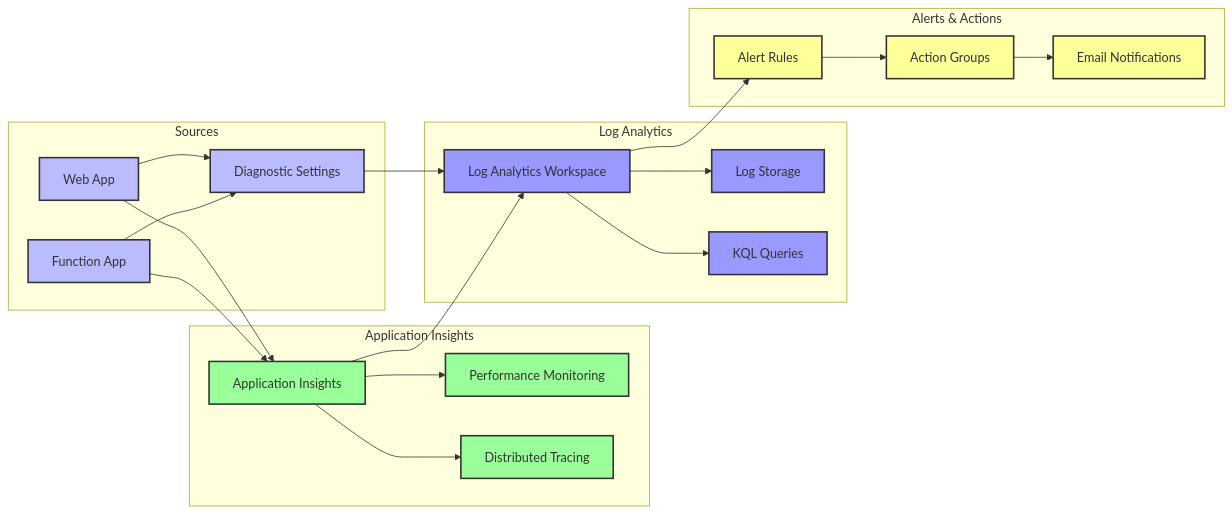
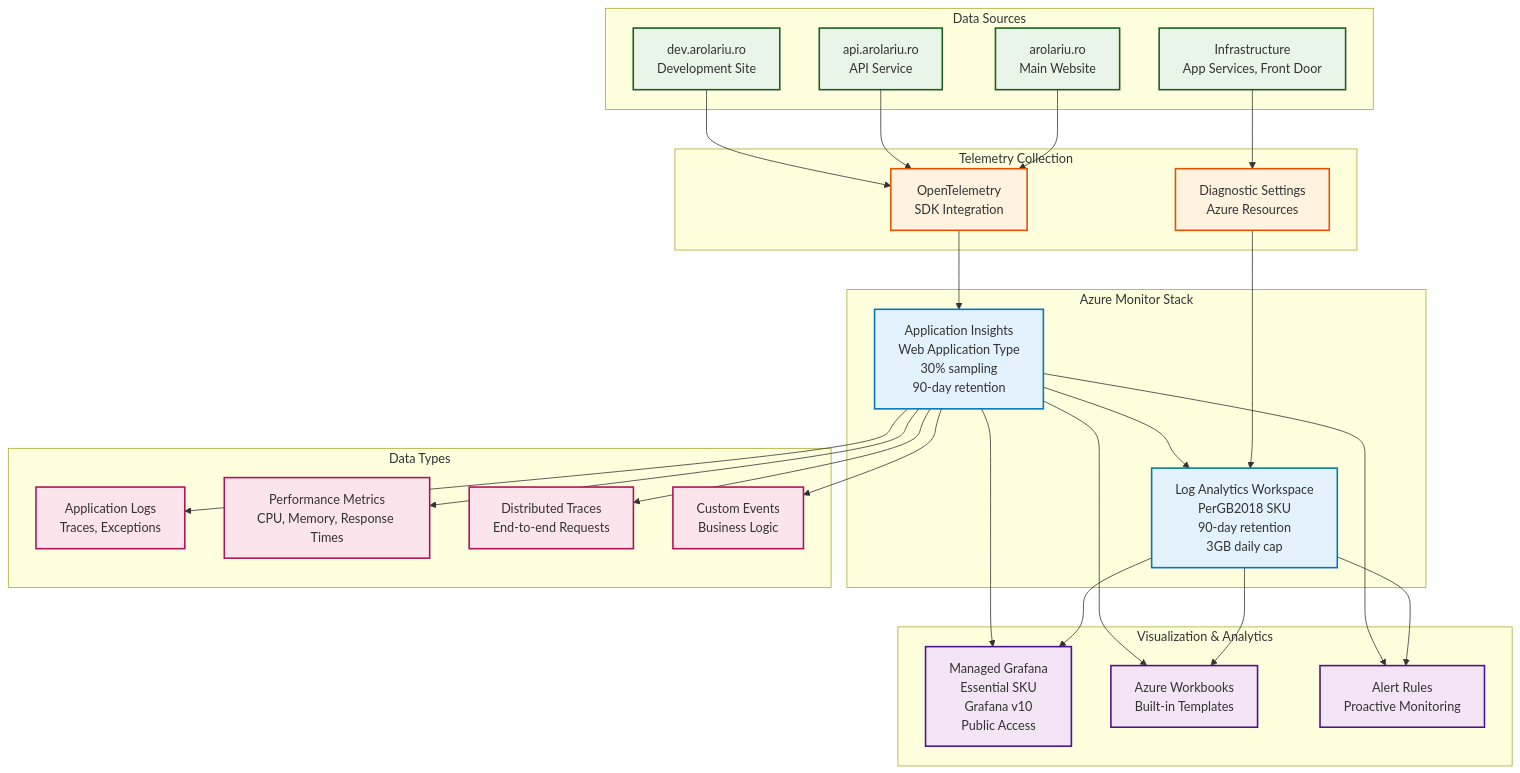
The diagram in infra/Azure/Bicep/observability/README.md (arolariu/arolariu.ro), drawn with Mermaid before and after one commit. The commit also changed other lines of this file and 33 other files, not shown here.

````diff
--- a/infra/Azure/Bicep/observability/README.md
+++ b/infra/Azure/Bicep/observability/README.md
@@ -5,54 +26,68 @@
 ```mermaid
-graph LR
-    subgraph "Application Insights"
-        APPI[Application Insights]
-        PERF[Performance Monitoring]
-        TRACE[Distributed Tracing]
+graph TB
+    subgraph "Data Sources"
+        WEB_MAIN[arolariu.ro<br/>Main Website]
+        WEB_API[api.arolariu.ro<br/>API Service]
+        WEB_DEV[dev.arolariu.ro<br/>Development Site]
+        INFRA[Infrastructure<br/>App Services, Front Door]
     end
 
-    subgraph "Log Analytics"
-        LAW[Log Analytics Workspace]
-        LOGS[Log Storage]
-        QUERY[KQL Queries]
+    subgraph "Telemetry Collection"
+        OTEL[OpenTelemetry<br/>SDK Integration]
+        DIAG[Diagnostic Settings<br/>Azure Resources]
     end
 
-    subgraph "Sources"
-        WA[Web App]
-        FA[Function App]
-        DIAG[Diagnostic Settings]
+    subgraph "Azure Monitor Stack"
+        LAW[Log Analytics Workspace<br/>PerGB2018 SKU<br/>90-day retention<br/>3GB daily cap]
+
+        APPI[Application Insights<br/>Web Application Type<br/>30% sampling<br/>90-day retention]
     end
 
-    subgraph "Alerts & Actions"
-        ALERT[Alert Rules]
-        AG[Action Groups]
-        EMAIL[Email Notifications]
+    subgraph "Visualization & Analytics"
+        GRAFANA[Managed Grafana<br/>Essential SKU<br/>Grafana v10<br/>Public Access]
+
+        WORKBOOKS[Azure Workbooks<br/>Built-in Templates]
+        ALERTS[Alert Rules<br/>Proactive Monitoring]
     end
 
-    WA --> APPI
-    FA --> APPI
-    
-    APPI --> PERF
-    APPI --> TRACE
+    subgraph "Data Types"
+        LOGS[Application Logs<br/>Traces, Exceptions]
+        METRICS[Performance Metrics<br/>CPU, Memory, Response Times]
+        TRACES[Distributed Traces<br/>End-to-end Requests]
+        EVENTS[Custom Events<br/>Business Logic]
+    end
+
+    WEB_MAIN --> OTEL
+    WEB_API --> OTEL
+    WEB_DEV --> OTEL
+    INFRA --> DIAG
+
+    OTEL --> APPI
+    DIAG --> LAW
+
     APPI --> LAW
-    
-    LAW --> LOGS
-    LAW --> QUERY
-    
-    WA --> DIAG
-    FA --> DIAG
-    DIAG --> LAW
-    
-    LAW --> ALERT
-    ALERT --> AG
-    AG --> EMAIL
+    APPI --> LOGS
+    APPI --> METRICS
+    APPI --> TRACES
+    APPI --> EVENTS
 
-    classDef insights fill:#9f9,stroke:#333,stroke-width:2px
-    classDef analytics fill:#99f,stroke:#333,stroke-width:2px
-    classDef source fill:#bbf,stroke:#333,stroke-width:2px
-    classDef alert fill:#ff9,stroke:#333,stroke-width:2px
+    LAW --> GRAFANA
+    LAW --> WORKBOOKS
+    LAW --> ALERTS
 
-    class APPI,PERF,TRACE insights
-    class LAW,LOGS,QUERY analytics
-    class WA,FA,DIAG source
-    class ALERT,AG,EMAIL alert
+    APPI --> GRAFANA
+    APPI --> WORKBOOKS
+    APPI --> ALERTS
+
+    classDef source fill:#e8f5e8,stroke:#1b5e20,stroke-width:2px
+    classDef collection fill:#fff3e0,stroke:#e65100,stroke-width:2px
+    classDef monitor fill:#e3f2fd,stroke:#0277bd,stroke-width:2px
+    classDef visual fill:#f3e5f5,stroke:#4a148c,stroke-width:2px
+    classDef data fill:#fce4ec,stroke:#ad1457,stroke-width:2px
+
+    class WEB_MAIN,WEB_API,WEB_DEV,INFRA source
+    class OTEL,DIAG collection
+    class LAW,APPI monitor
+    class GRAFANA,WORKBOOKS,ALERTS visual
+    class LOGS,METRICS,TRACES,EVENTS data
 ```
````
